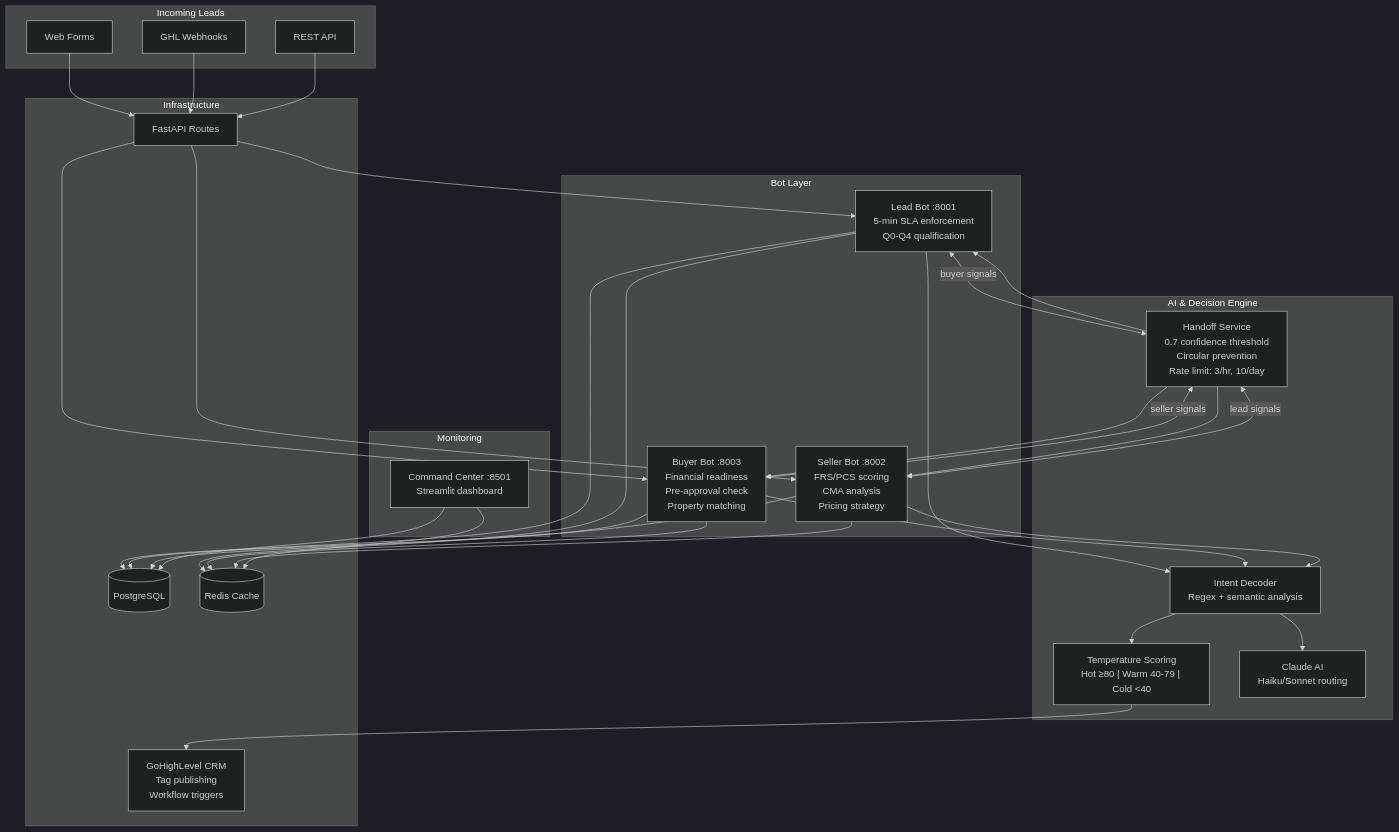
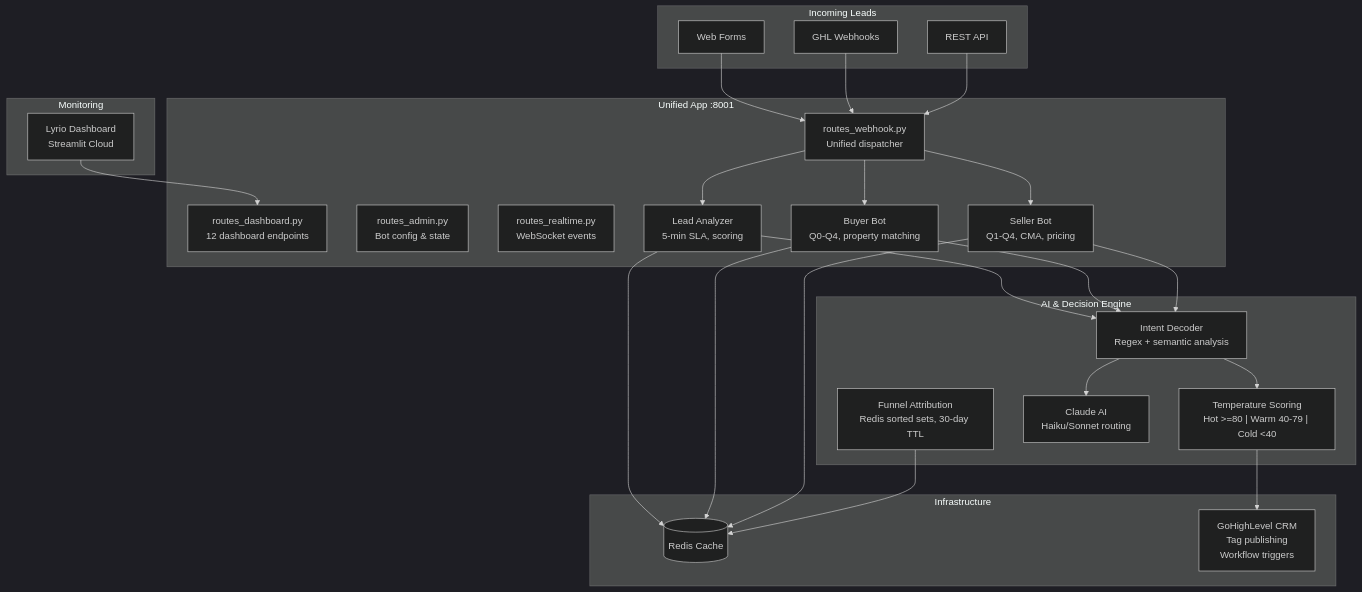
The diagram in README.md (ChunkyTortoise/jorge_real_estate_bots), drawn with Mermaid (dark theme) before and after one commit. The commit also changed other lines of this file and 15 other files, not shown here.

````diff
--- a/README.md
+++ b/README.md
@@ -32,65 +34,57 @@
 ```mermaid
 flowchart TB
   subgraph Incoming["Incoming Leads"]
     Web["Web Forms"]
     GHLHook["GHL Webhooks"]
     API["REST API"]
   end
 
-  subgraph BotLayer["Bot Layer"]
-    Lead["Lead Bot :8001\n5-min SLA enforcement\nQ0-Q4 qualification"]
-    Buyer["Buyer Bot :8003\nFinancial readiness\nPre-approval check\nProperty matching"]
-    Seller["Seller Bot :8002\nFRS/PCS scoring\nCMA analysis\nPricing strategy"]
+  subgraph App["Unified App :8001"]
+    Webhook["routes_webhook.py\nUnified dispatcher"]
+    Dashboard["routes_dashboard.py\n12 dashboard endpoints"]
+    Admin["routes_admin.py\nBot config & state"]
+    Realtime["routes_realtime.py\nWebSocket events"]
+    Lead["Lead Analyzer\n5-min SLA, scoring"]
+    Buyer["Buyer Bot\nQ0-Q4, property matching"]
+    Seller["Seller Bot\nQ1-Q4, CMA, pricing"]
   end
 
   subgraph Intelligence["AI & Decision Engine"]
     Intent["Intent Decoder\nRegex + semantic analysis"]
-    Temp["Temperature Scoring\nHot ≥80 | Warm 40-79 | Cold <40"]
+    Temp["Temperature Scoring\nHot >=80 | Warm 40-79 | Cold <40"]
     Claude["Claude AI\nHaiku/Sonnet routing"]
-    Handoff["Handoff Service\n0.7 confidence threshold\nCircular prevention\nRate limit: 3/hr, 10/day"]
+    Funnel["Funnel Attribution\nRedis sorted sets, 30-day TTL"]
   end
 
   subgraph Infra["Infrastructure"]
-    FastAPI["FastAPI Routes"]
-    Postgres[(PostgreSQL)]
     Redis[(Redis Cache)]
     GHL["GoHighLevel CRM\nTag publishing\nWorkflow triggers"]
   end
 
-  subgraph Dashboard["Monitoring"]
-    CC["Command Center :8501\nStreamlit dashboard"]
+  subgraph Dashboard_UI["Monitoring"]
+    Lyrio["Lyrio Dashboard\nStreamlit Cloud"]
   end
 
-  Web --> FastAPI
-  GHLHook --> FastAPI
-  API --> FastAPI
+  Web --> Webhook
+  GHLHook --> Webhook
+  API --> Webhook
 
-  FastAPI --> Lead
-  FastAPI --> Buyer
-  FastAPI --> Seller
+  Webhook --> Lead
+  Webhook --> Buyer
+  Webhook --> Seller
 
   Lead --> Intent
   Buyer --> Intent
   Seller --> Intent
 
   Intent --> Temp
   Intent --> Claude
 
-  Lead <-->|"buyer signals"| Handoff
-  Buyer <-->|"seller signals"| Handoff
-  Seller <-->|"lead signals"| Handoff
-  Handoff --> Lead
-  Handoff --> Buyer
-  Handoff --> Seller
-
-  Temp --> GHL
-  Lead --> Postgres
-  Buyer --> Postgres
-  Seller --> Postgres
   Lead --> Redis
   Buyer --> Redis
   Seller --> Redis
+  Funnel --> Redis
 
-  CC --> Postgres
-  CC --> Redis
+  Temp --> GHL
+  Lyrio --> Dashboard
 ```
````
